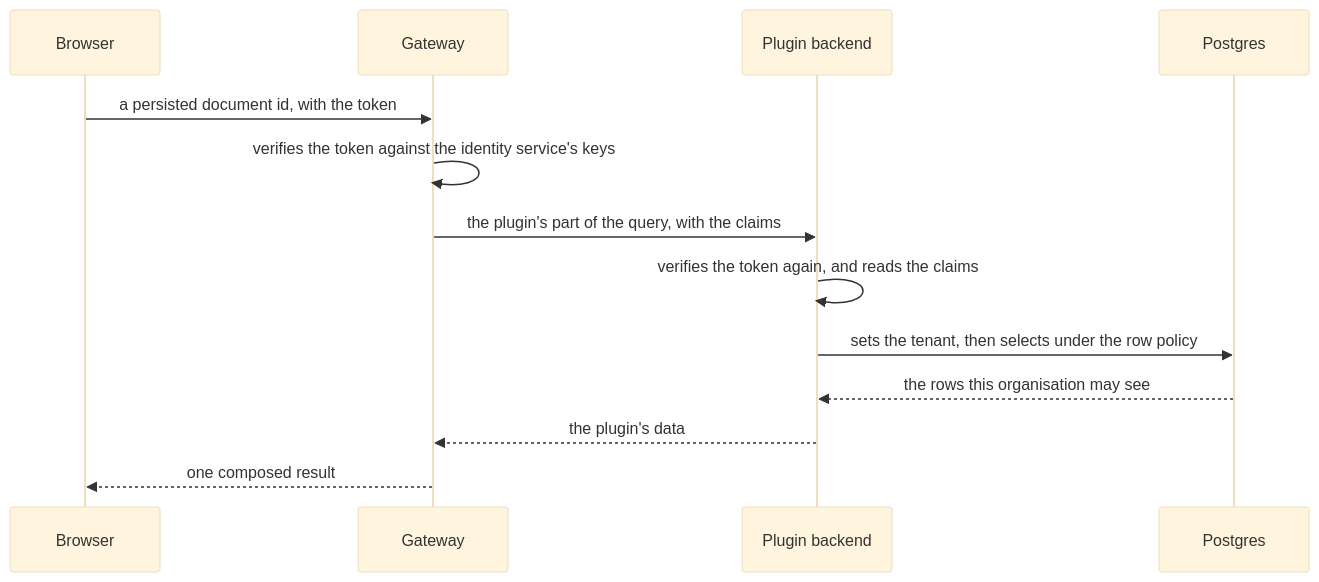
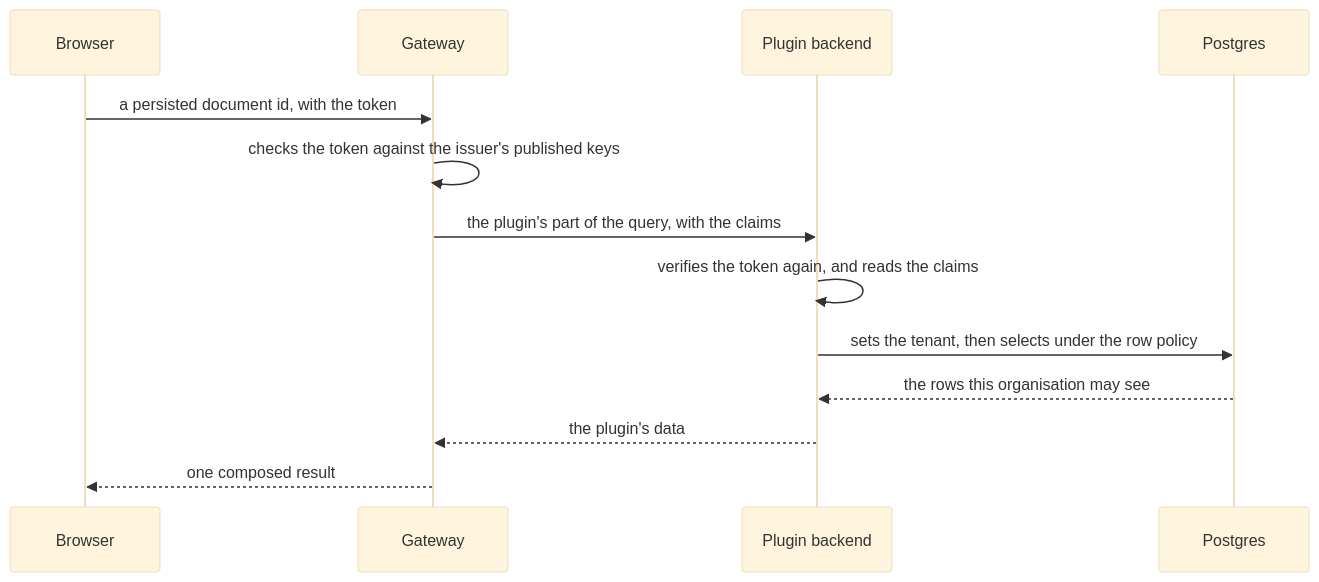
Before and after one commit to stealth-scale/docs: the diagram in docs/architecture/requests.md, drawn with Mermaid (base theme). The commit also changed 5 other files, not shown here.

````diff
--- a/docs/architecture/requests.md
+++ b/docs/architecture/requests.md
@@ -18,15 +18,15 @@
 ```mermaid
 sequenceDiagram
     participant B as Browser
     participant G as Gateway
     participant P as Plugin backend
     participant D as Postgres
     B->>G: a persisted document id, with the token
-    G->>G: verifies the token against the identity service's keys
+    G->>G: checks the token against the issuer's published keys
     G->>P: the plugin's part of the query, with the claims
     P->>P: verifies the token again, and reads the claims
     P->>D: sets the tenant, then selects under the row policy
     D-->>P: the rows this organisation may see
     P-->>G: the plugin's data
     G-->>B: one composed result
 ```
````
